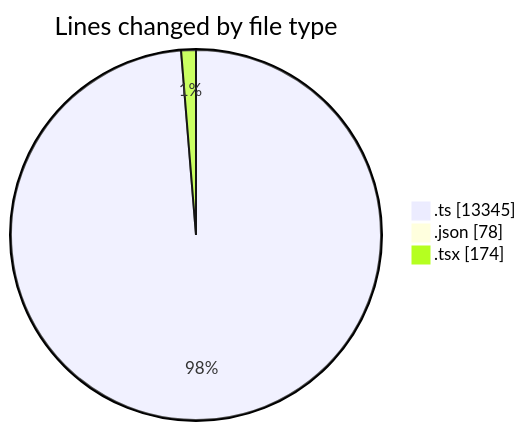
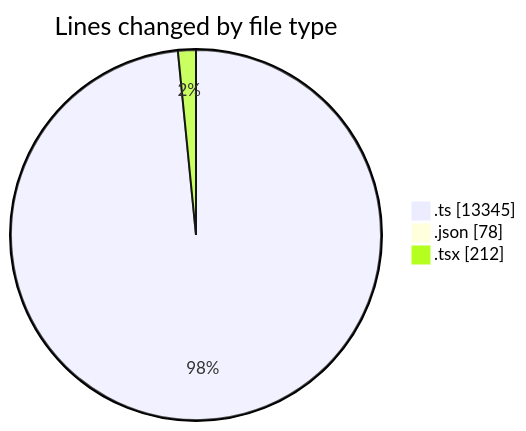
One commit to momahboobian/code-tracking changed the first of 2 diagrams in 2025-08-29/cda/README.md. Above: the diagram before and after it, drawn with Mermaid. The commit also changed other lines of this file and 1 other file, not shown here.

````diff
--- a/2025-08-29/cda/README.md
+++ b/2025-08-29/cda/README.md
@@ -25,7 +26,7 @@
 ```mermaid
 pie showData
 title Lines changed by file type
 ".ts" : 13345
 ".json" : 78
-".tsx" : 174
+".tsx" : 212
 ```
````
